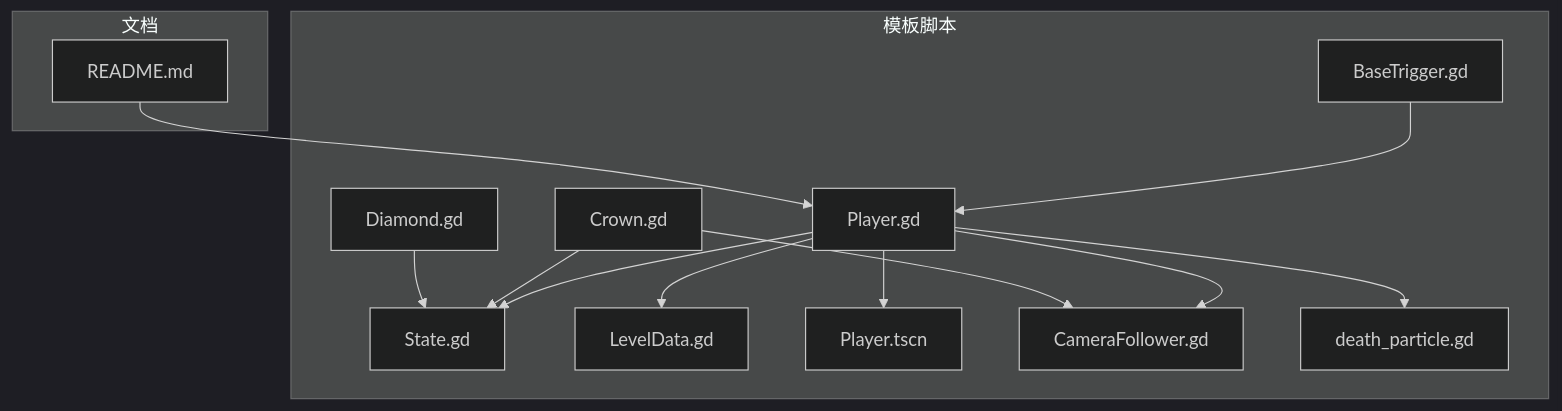
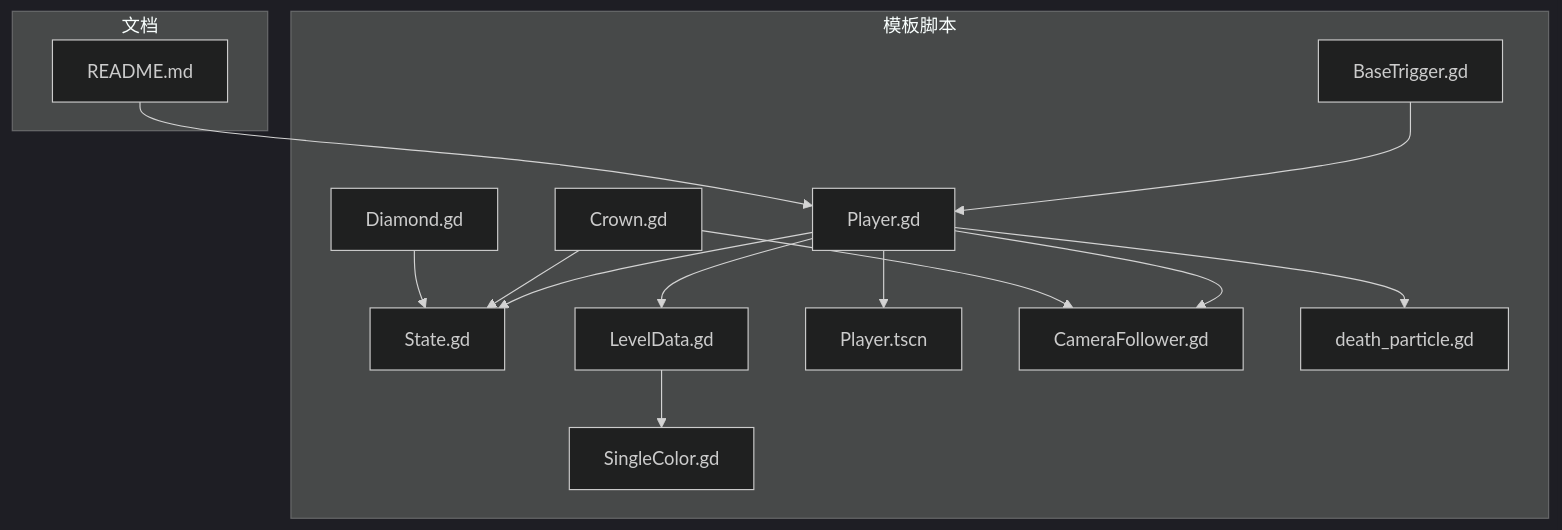
Before and after one commit to godotline/godot-line: the first of 6 diagrams in .qoder/repowiki/zh/content/游戏系统/角色控制系统.md, drawn with Mermaid (dark theme). The commit also changed other lines of this file and 44 other files, not shown here.

````diff
--- a/.qoder/repowiki/zh/content/游戏系统/角色控制系统.md
+++ b/.qoder/repowiki/zh/content/游戏系统/角色控制系统.md
@@ -44,27 +46,29 @@
 ```mermaid
 graph TB
 subgraph "模板脚本"
 PL["Player.gd"]
 ST["State.gd"]
 LD["LevelData.gd"]
+SC["SingleColor.gd"]
 PT["Player.tscn"]
 CF["CameraFollower.gd"]
 BT["BaseTrigger.gd"]
 CR["Crown.gd"]
 DM["Diamond.gd"]
 DP["death_particle.gd"]
 end
 subgraph "文档"
 RD["README.md"]
 end
 PL --> ST
 PL --> LD
 PL --> PT
 PL --> CF
 PL --> DP
 CR --> ST
 CR --> CF
 DM --> ST
 BT --> PL
 RD --> PL
+LD --> SC
 ```
````
